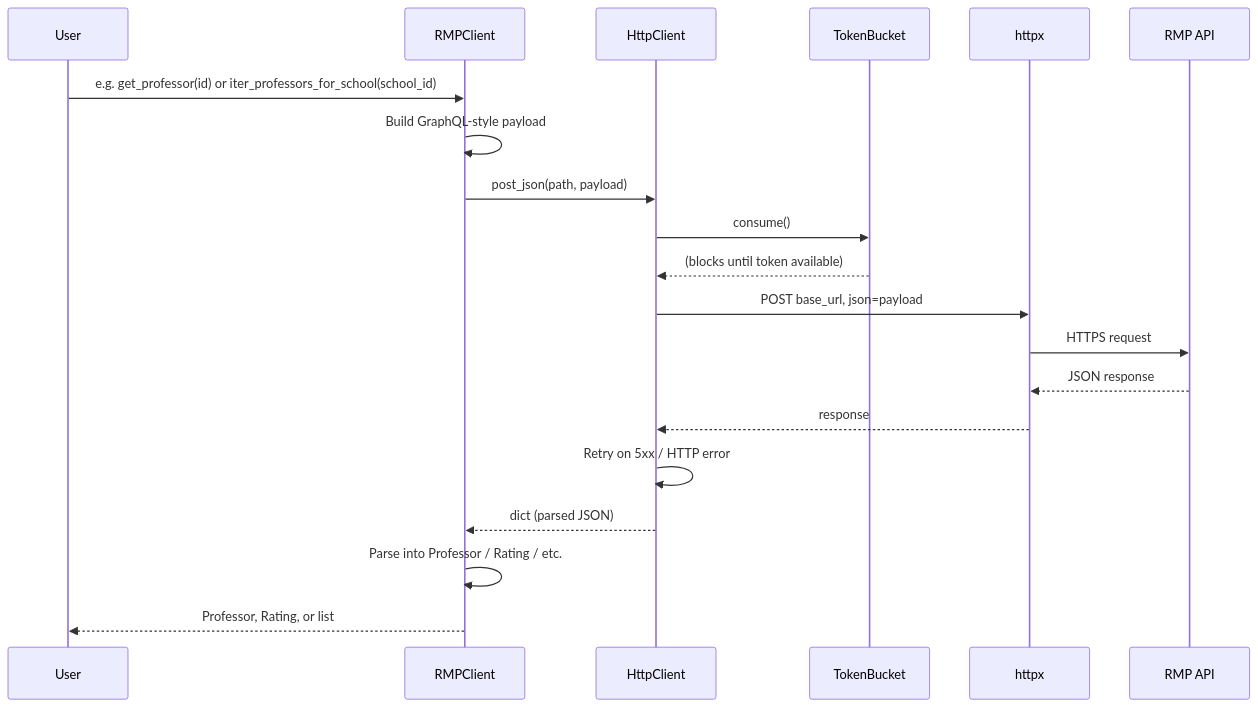
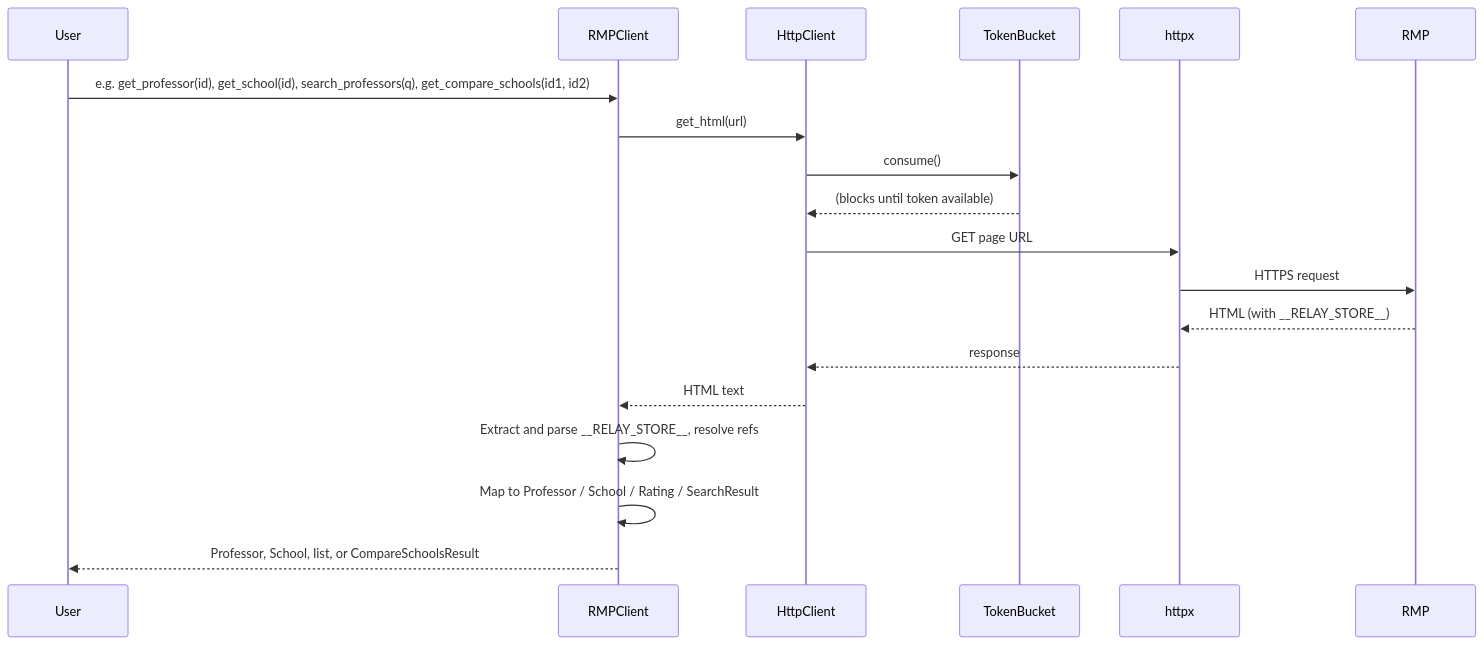
The second of 5 diagrams in README.md (amaanjaved1/Rate-My-Professors-API-Client-Python), drawn with Mermaid before and after one commit. The commit also changed other lines of this file and 8 other files, not shown here.

````diff
--- a/README.md
+++ b/README.md
@@ -86,23 +147,22 @@
 ```mermaid
 sequenceDiagram
     participant User
     participant RMPClient
     participant HttpClient
     participant TokenBucket
     participant httpx
-    participant RMP API
+    participant RMP
 
-    User->>RMPClient: e.g. get_professor(id) or iter_professors_for_school(school_id)
-    RMPClient->>RMPClient: Build GraphQL-style payload
-    RMPClient->>HttpClient: post_json(path, payload)
+    User->>RMPClient: e.g. get_professor(id), get_school(id), search_professors(q), get_compare_schools(id1, id2)
+    RMPClient->>HttpClient: get_html(url)
     HttpClient->>TokenBucket: consume()
     TokenBucket-->>HttpClient: (blocks until token available)
-    HttpClient->>httpx: POST base_url, json=payload
-    httpx->>RMP API: HTTPS request
-    RMP API-->>httpx: JSON response
+    HttpClient->>httpx: GET page URL
+    httpx->>RMP: HTTPS request
+    RMP-->>httpx: HTML (with __RELAY_STORE__)
     httpx-->>HttpClient: response
-    HttpClient->>HttpClient: Retry on 5xx / HTTP error
-    HttpClient-->>RMPClient: dict (parsed JSON)
-    RMPClient->>RMPClient: Parse into Professor / Rating / etc.
-    RMPClient-->>User: Professor, Rating, or list
+    HttpClient-->>RMPClient: HTML text
+    RMPClient->>RMPClient: Extract and parse __RELAY_STORE__, resolve refs
+    RMPClient->>RMPClient: Map to Professor / School / Rating / SearchResult
+    RMPClient-->>User: Professor, School, list, or CompareSchoolsResult
 ```
````
